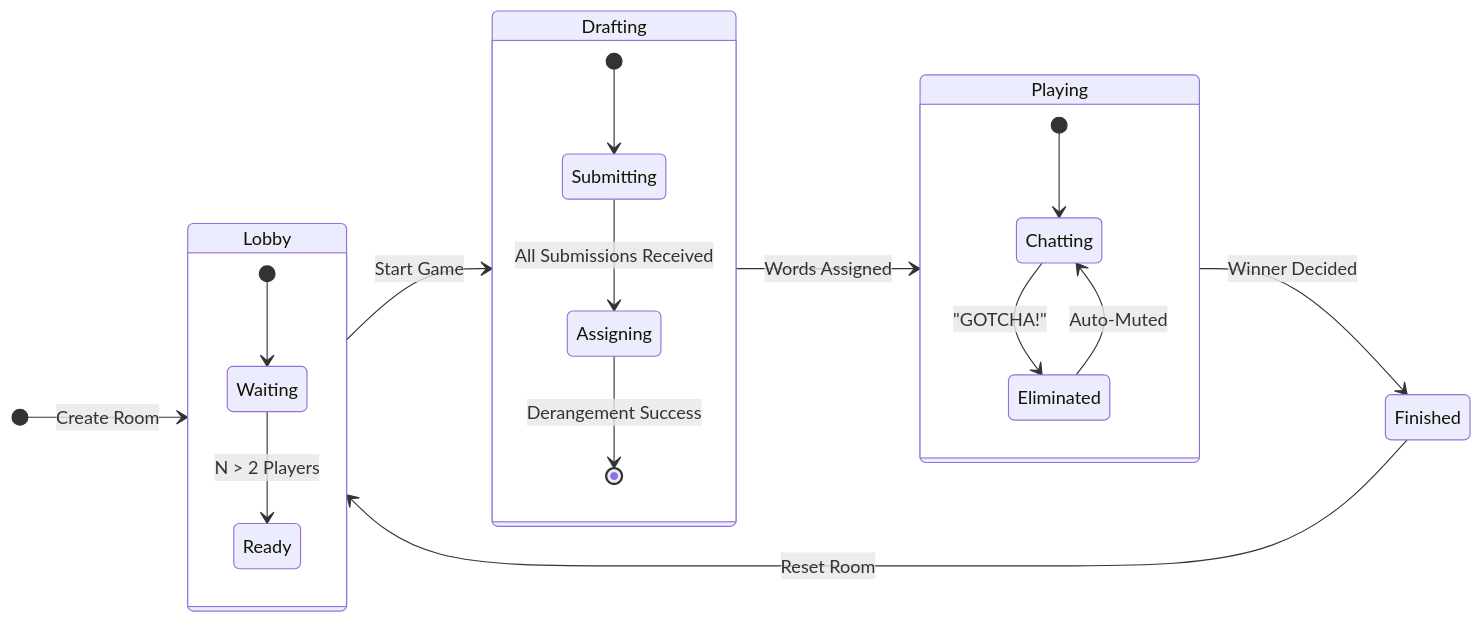
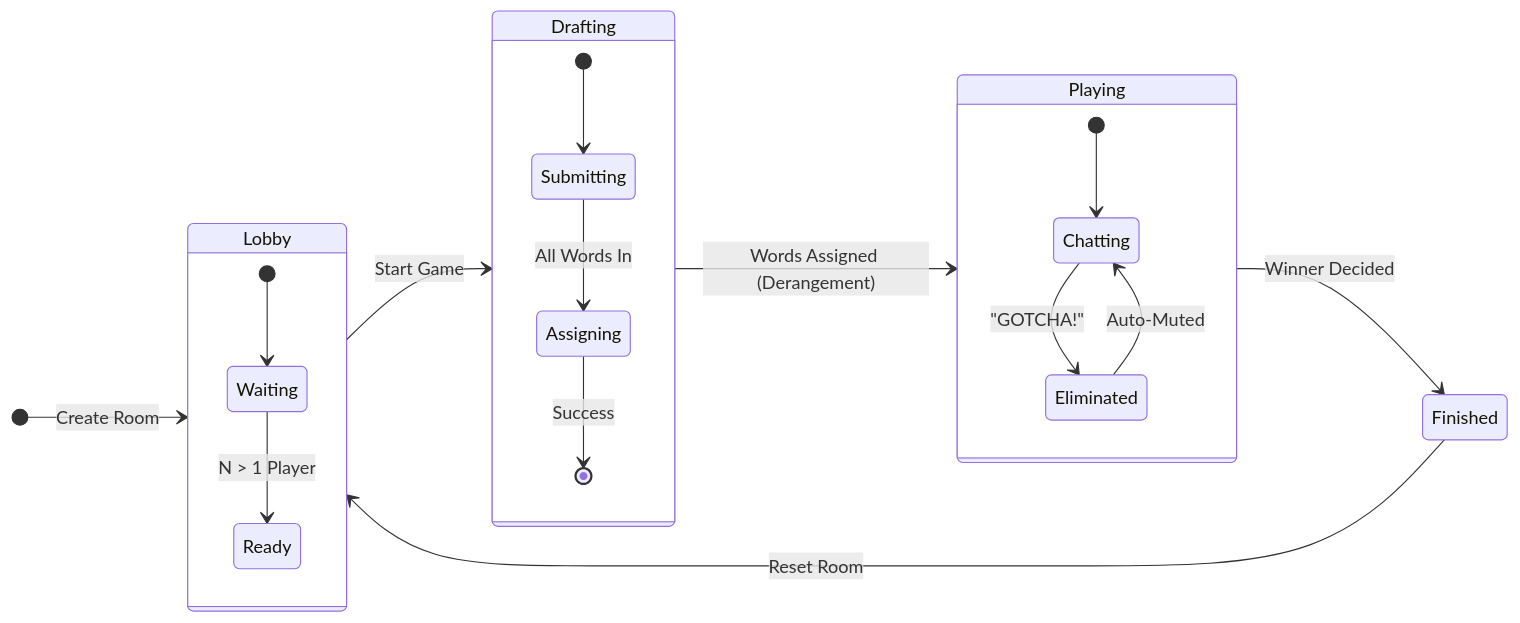
The second of 4 diagrams in README.md (MarkeloPuangpoo/loodpak), drawn with Mermaid before and after one commit. The commit also changed other lines of this file and 12 other files, not shown here.

````diff
--- a/README.md
+++ b/README.md
@@ -121,26 +74,26 @@
 ```mermaid
 stateDiagram-v2
     direction LR
     [*] --> Lobby: Create Room
     Lobby --> Drafting: Start Game
-    Drafting --> Playing: Words Assigned
+    Drafting --> Playing: Words Assigned (Derangement)
     Playing --> Finished: Winner Decided
     Finished --> Lobby: Reset Room
     
     state Lobby {
         [*] --> Waiting
-        Waiting --> Ready: N > 2 Players
+        Waiting --> Ready: N > 1 Player
     }
     
     state Drafting {
         [*] --> Submitting
-        Submitting --> Assigning: All Submissions Received
-        Assigning --> [*]: Derangement Success
+        Submitting --> Assigning: All Words In
+        Assigning --> [*]: Success
     }
     
     state Playing {
         [*] --> Chatting
         Chatting --> Eliminated: "GOTCHA!"
         Eliminated --> Chatting: Auto-Muted
     }
 ```
````
